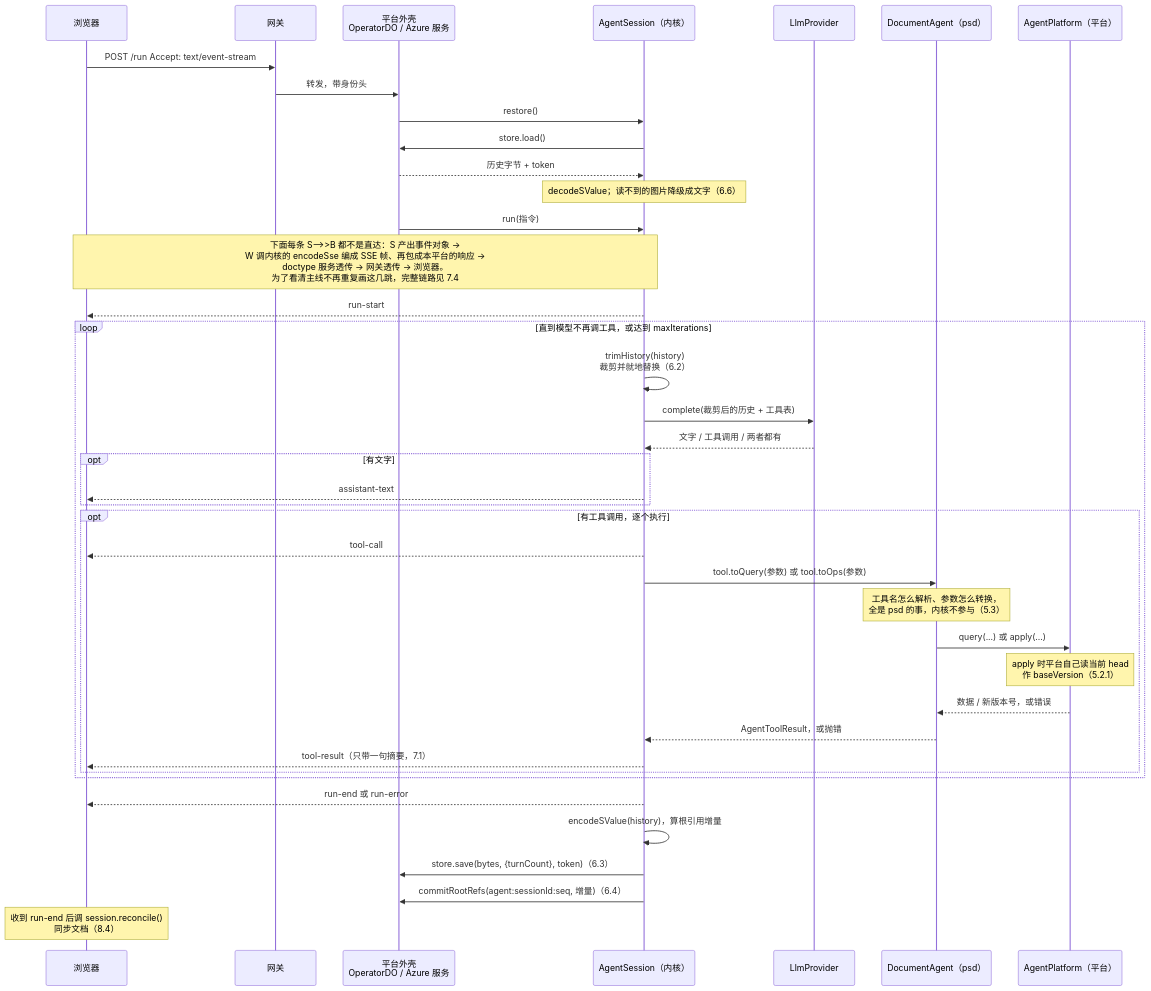
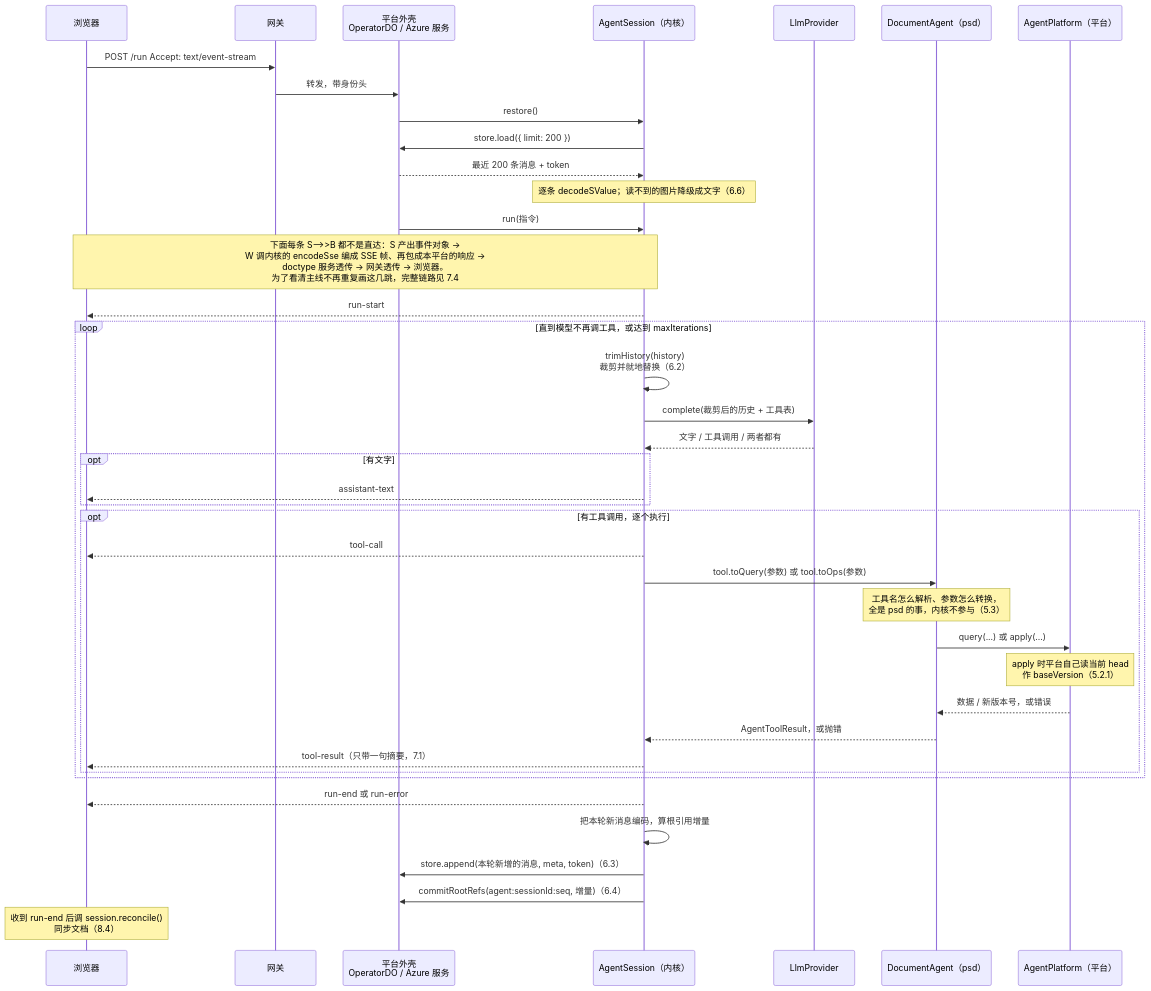
Diagram 12 of 16 in docs/superpowers/specs/2026-08-26-agent-sdk-design.md (shazhou-ww/unidocs), drawn with Mermaid before and after one commit. The commit also changed other lines of this file, not shown here.

First line of the commit message:
docs(agent-sdk): 裁剪不再改存储,load 加 limit/before 分页

````diff
--- a/docs/superpowers/specs/2026-08-26-agent-sdk-design.md
+++ b/docs/superpowers/specs/2026-08-26-agent-sdk-design.md
@@ -1181,51 +1209,51 @@
 ```mermaid
 sequenceDiagram
     participant B as 浏览器
     participant G as 网关
     participant W as 平台外壳<br/>OperatorDO / Azure 服务
     participant S as AgentSession（内核）
     participant L as LlmProvider
     participant A as DocumentAgent（psd）
     participant C as AgentPlatform（平台）
 
     B->>G: POST /run  Accept: text/event-stream
     G->>W: 转发，带身份头
 
     W->>S: restore()
-    S->>W: store.load()
-    W-->>S: 历史字节 + token
-    Note over S: decodeSValue；读不到的图片降级成文字（6.6）
+    S->>W: store.load({ limit: 200 })
+    W-->>S: 最近 200 条消息 + token
+    Note over S: 逐条 decodeSValue；读不到的图片降级成文字（6.6）
 
     W->>S: run(指令)
 
     Note over S,B: 下面每条 S-->>B 都不是直达：S 产出事件对象 →<br/>W 调内核的 encodeSse 编成 SSE 帧、再包成本平台的响应 →<br/>doctype 服务透传 → 网关透传 → 浏览器。<br/>为了看清主线不再重复画这几跳，完整链路见 7.4
     S-->>B: run-start
 
     loop 直到模型不再调工具，或达到 maxIterations
         S->>S: trimHistory(history)<br/>裁剪并就地替换（6.2）
         S->>L: complete(裁剪后的历史 + 工具表)
         L-->>S: 文字 / 工具调用 / 两者都有
 
         opt 有文字
             S-->>B: assistant-text
         end
 
         opt 有工具调用，逐个执行
             S-->>B: tool-call
             S->>A: tool.toQuery(参数) 或 tool.toOps(参数)
             Note over A: 工具名怎么解析、参数怎么转换，<br/>全是 psd 的事，内核不参与（5.3）
             A->>C: query(...) 或 apply(...)
             Note over C: apply 时平台自己读当前 head<br/>作 baseVersion（5.2.1）
             C-->>A: 数据 / 新版本号，或错误
             A-->>S: AgentToolResult，或抛错
             S-->>B: tool-result（只带一句摘要，7.1）
         end
     end
 
     S-->>B: run-end 或 run-error
 
-    S->>S: encodeSValue(history)，算根引用增量
-    S->>W: store.save(bytes, {turnCount}, token)（6.3）
+    S->>S: 把本轮新消息编码，算根引用增量
+    S->>W: store.append(本轮新增的消息, meta, token)（6.3）
     S->>W: commitRootRefs(agent:sessionId:seq, 增量)（6.4）
     Note over B: 收到 run-end 后调 session.reconcile()<br/>同步文档（8.4）
 ```
````
